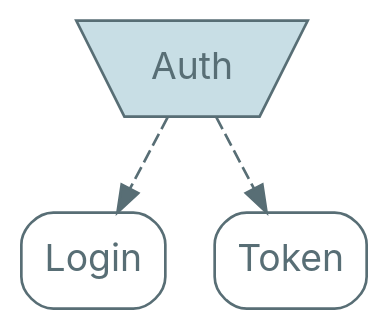
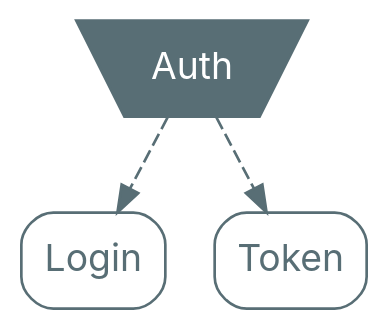
Before and after one commit to nrinaudo/optics-from-the-ground-up: the diagram in src/graphviz/auth.dot, drawn with Graphviz. The commit also changed 21 other files, not shown here.

Commit message:
Fix colours in graphs

```diff
--- a/src/graphviz/auth.dot
+++ b/src/graphviz/auth.dot
@@ -1,18 +1,18 @@
 digraph {
     bgcolor=transparent
 
     // Default theme
     node[shape="rectangle" style="rounded,filled" color="#586E75" fillcolor="#ffffff" fontcolor="#586E75" fontname="Inter,Arial"]
     edge[color="#586E75" fontcolor="#586E75" fontname="Inter,Arial" fontsize=11]
 
     // sum types
-    auth[shape=invtrapezium, style=filled fillcolor="#C8DEE5"]
+    auth[shape=invtrapezium, style=filled fontcolor="#FFFFFF" fillcolor="#586E75"]
 
     auth[label=Auth]
 
     login[label=Login]
     token[label=Token]
 
     auth -> token[style=dashed]
     auth -> login[style=dashed]
 }
```
